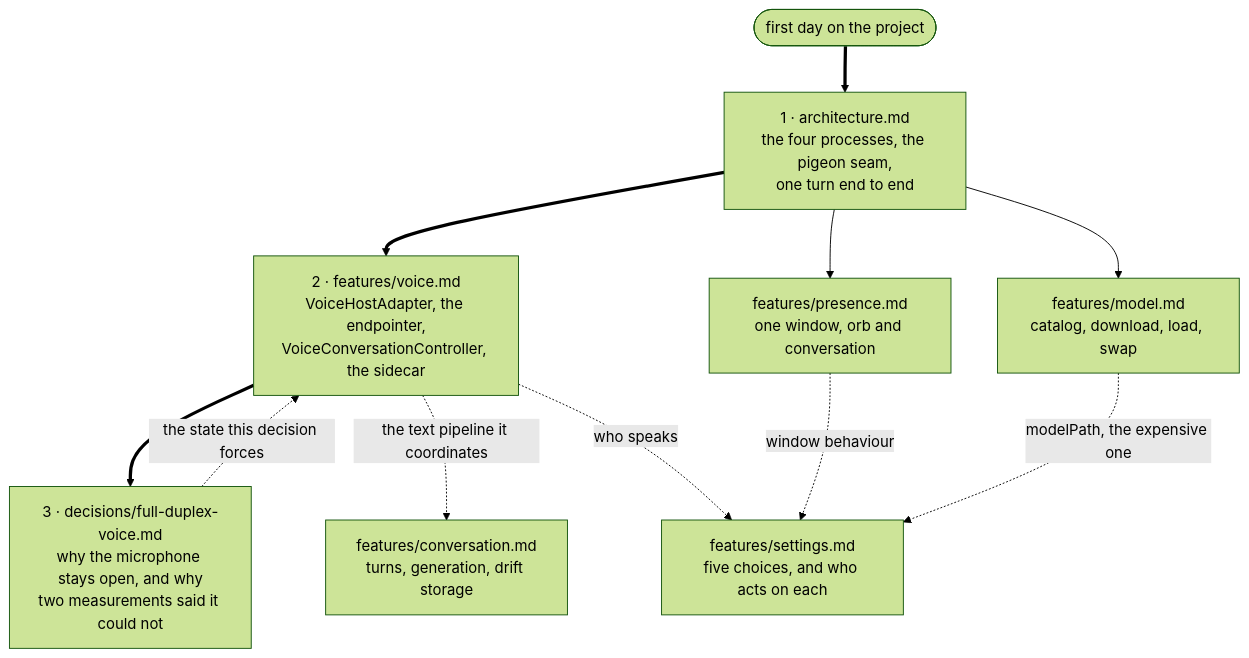
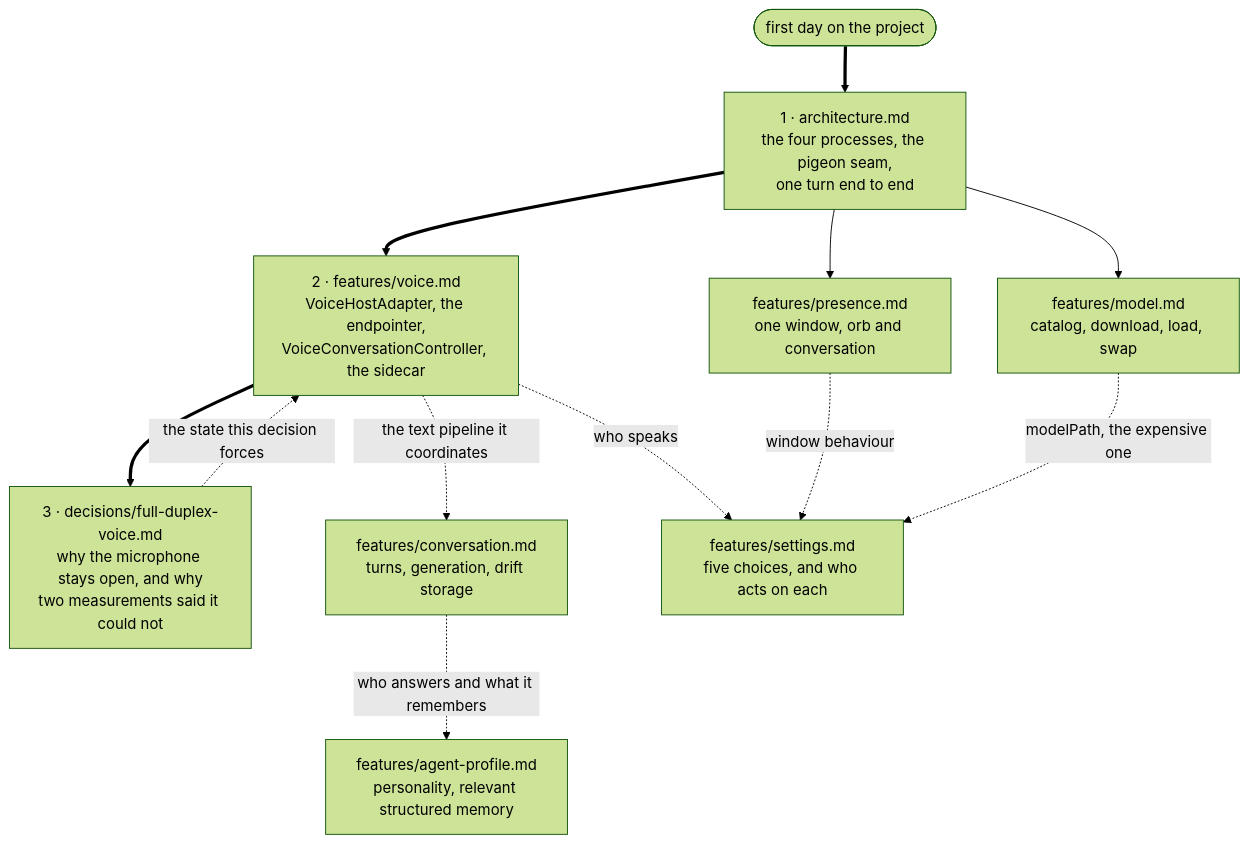
Before and after one commit to chyiiiiiiiiiiii/lulo: the diagram in docs/README.md, drawn with Mermaid (forest theme). The commit also changed other lines of this file and 2 other files, not shown here.

Commit message:
docs: explain Lulo's developer profile

````diff
--- a/docs/README.md
+++ b/docs/README.md
@@ -14,19 +14,20 @@
 ```mermaid
 flowchart TD
     start(["first day on the project"]) ==> arch
 
     arch["1 · architecture.md<br/>the four processes, the pigeon seam,<br/>one turn end to end"]
     voice["2 · features/voice.md<br/>VoiceHostAdapter, the endpointer,<br/>VoiceConversationController, the sidecar"]
     dec["3 · decisions/full-duplex-voice.md<br/>why the microphone stays open, and why<br/>two measurements said it could not"]
 
     arch ==> voice ==> dec
     dec -. "the state this decision forces" .-> voice
 
     arch --> pres["features/presence.md<br/>one window, orb and conversation"]
     arch --> model["features/model.md<br/>catalog, download, load, swap"]
     voice -. "the text pipeline it coordinates" .-> conv["features/conversation.md<br/>turns, generation, drift storage"]
 
     voice -. "who speaks" .-> set["features/settings.md<br/>five choices, and who acts on each"]
+    conv -. "who answers and what it remembers" .-> profile["features/agent-profile.md<br/>personality, relevant structured memory"]
     pres -. "window behaviour" .-> set
     model -. "modelPath, the expensive one" .-> set
 ```
````
